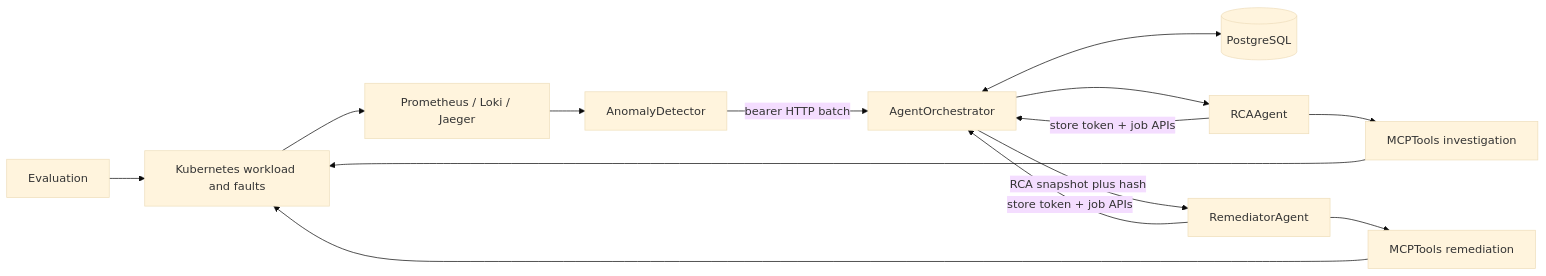
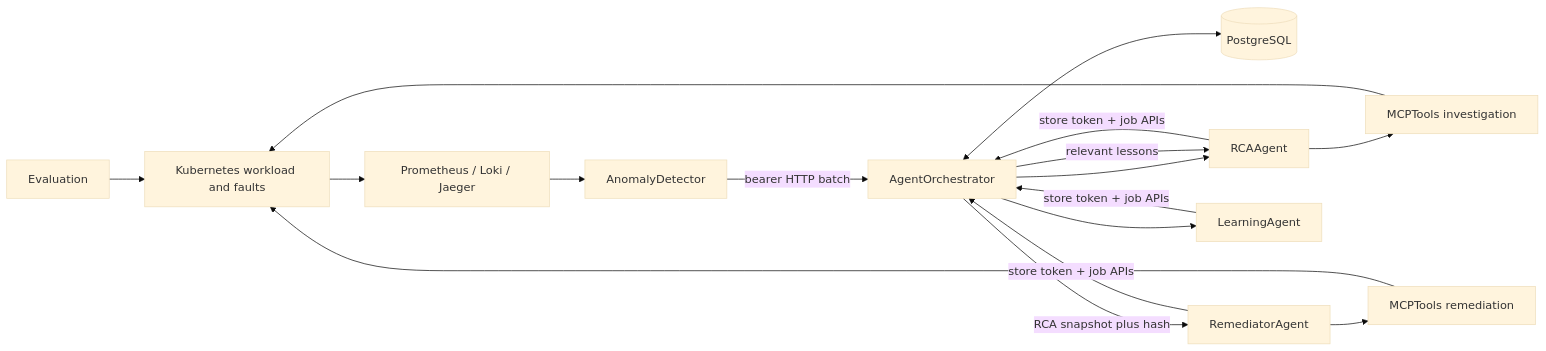
Before and after one commit to stanleyyoga123/IncidentBench: the diagram in docs/architecture.md, drawn with Mermaid (base theme). The commit also changed other lines of this file and 83 other files, not shown here.

````diff
--- a/docs/architecture.md
+++ b/docs/architecture.md
@@ -3,16 +3,19 @@
 ```mermaid
 flowchart LR
   E[Evaluation] --> K[Kubernetes workload and faults]
   K --> P[Prometheus / Loki / Jaeger]
   P --> D[AnomalyDetector]
   D -->|bearer HTTP batch| O[AgentOrchestrator]
   O <--> DB[(PostgreSQL)]
   O --> R[RCAAgent]
   R -->|store token + job APIs| O
   R --> MI[MCPTools investigation]
   MI --> K
   O -->|RCA snapshot plus hash| M[RemediatorAgent]
   M -->|store token + job APIs| O
   M --> MR[MCPTools remediation]
   MR --> K
+  O --> L[LearningAgent]
+  L -->|store token + job APIs| O
+  O -->|relevant lessons| R
 ```
````
